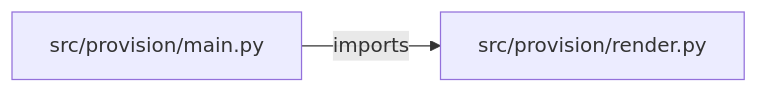
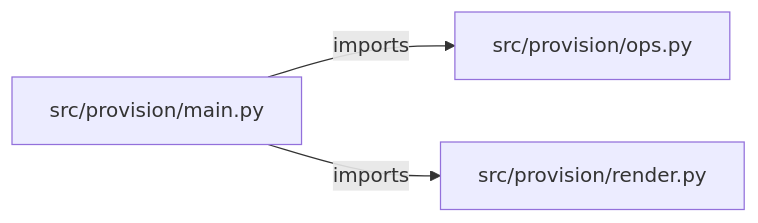
One commit to iarsingh/infra-provisioning-api changed the diagram in PROJECT_ARCHITECTURE.md. Above: the diagram before and after it, drawn with Mermaid. The commit also changed other lines of this file and 2 other files, not shown here.

Commit message:
Refresh architecture and interview guides from current implementation

````diff
--- a/PROJECT_ARCHITECTURE.md
+++ b/PROJECT_ARCHITECTURE.md
@@ -13,6 +13,8 @@
 ```mermaid
 flowchart LR
     M0["src/provision/main.py"]
-    M1["src/provision/render.py"]
+    M1["src/provision/ops.py"]
+    M2["src/provision/render.py"]
     M0 -->|imports| M1
+    M0 -->|imports| M2
 ```
````
